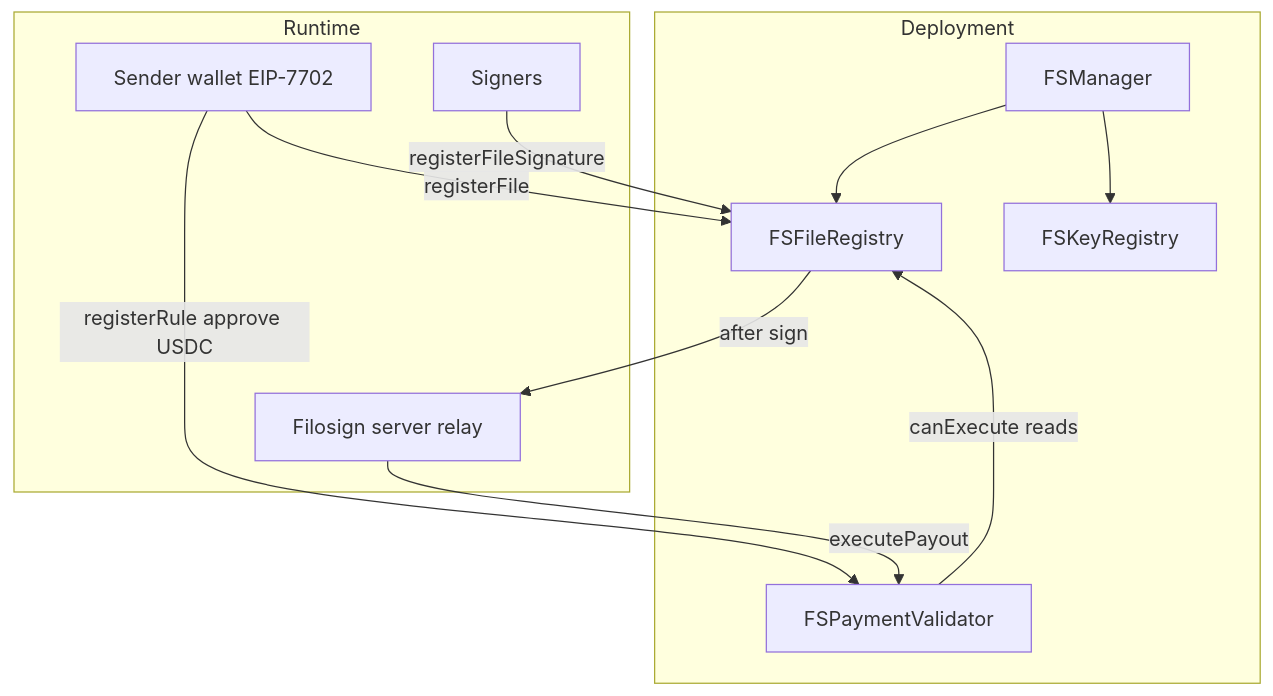
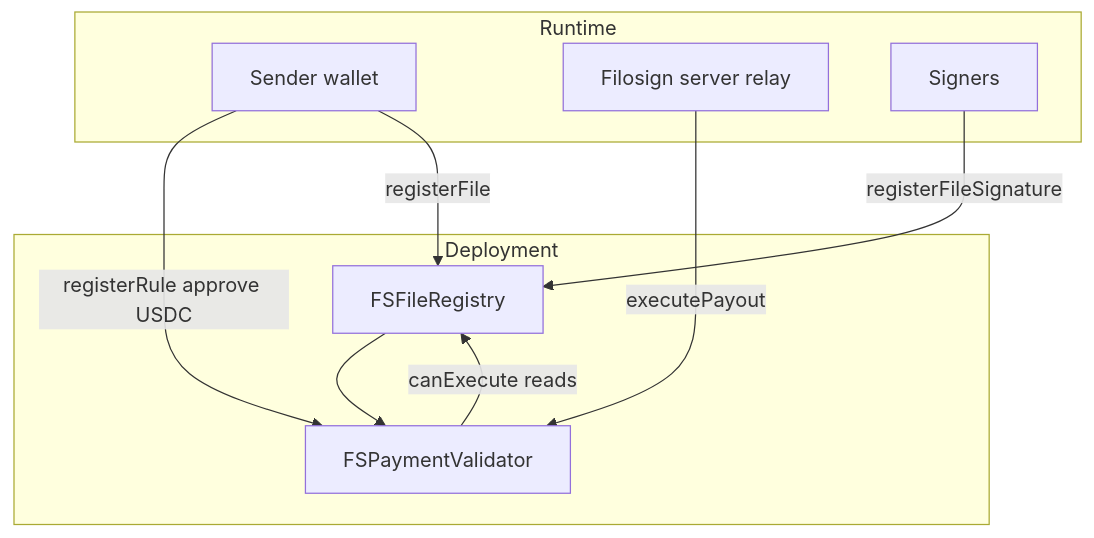
One commit to filosign-dapp/filosign changed the diagram in apps/contracts/README.md. Above: the diagram before and after it, drawn with Mermaid. The commit also changed other lines of this file and 4 other files, not shown here.

Commit message:
[CONTRACTS V1] - Docs (apps/contracts): README, TESTING, ARCHITECTURE, mock definitions.

````diff
--- a/apps/contracts/README.md
+++ b/apps/contracts/README.md
@@ -20,21 +24,17 @@
 ```mermaid
 flowchart TB
   subgraph deploy [Deployment]
-    M[FSManager]
     FR[FSFileRegistry]
-    KR[FSKeyRegistry]
     PV[FSPaymentValidator]
-    M --> FR
-    M --> KR
+    FR --> PV
   end
   subgraph runtime [Runtime]
-    Sender[Sender wallet EIP-7702]
+    Sender[Sender wallet]
     Relay[Filosign server relay]
     PV -->|canExecute reads| FR
     Relay -->|executePayout| PV
     Sender -->|registerRule approve USDC| PV
     Sender -->|registerFile| FR
     Signers[Signers] -->|registerFileSignature| FR
-    FR -->|after sign| Relay
   end
 ```
````
